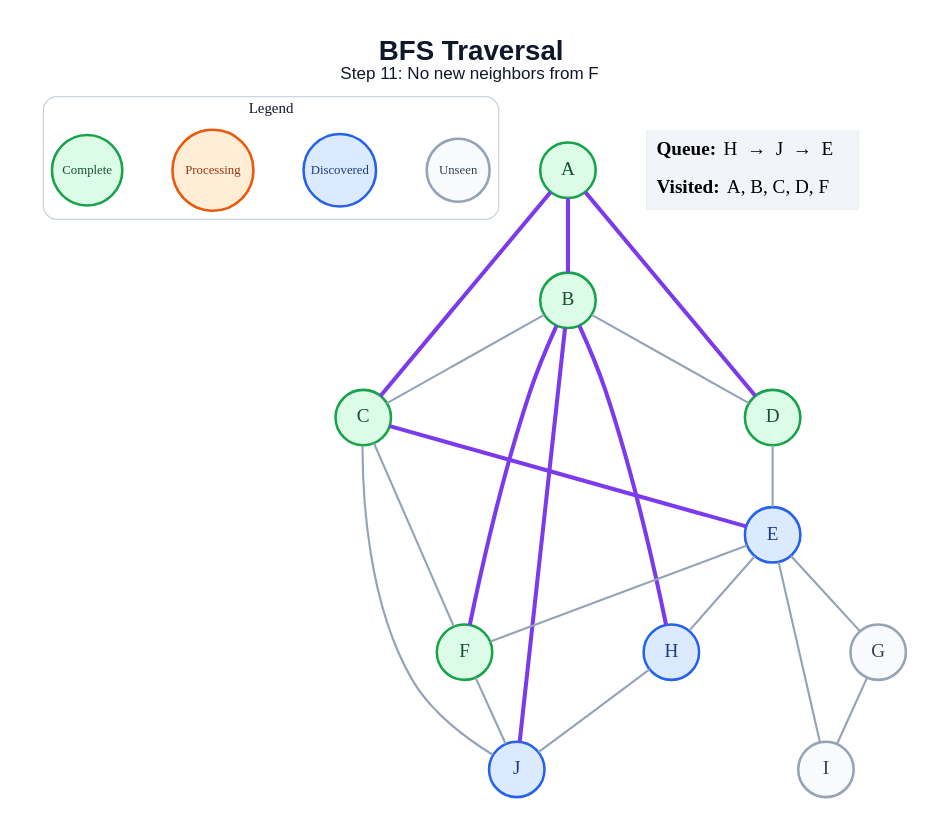
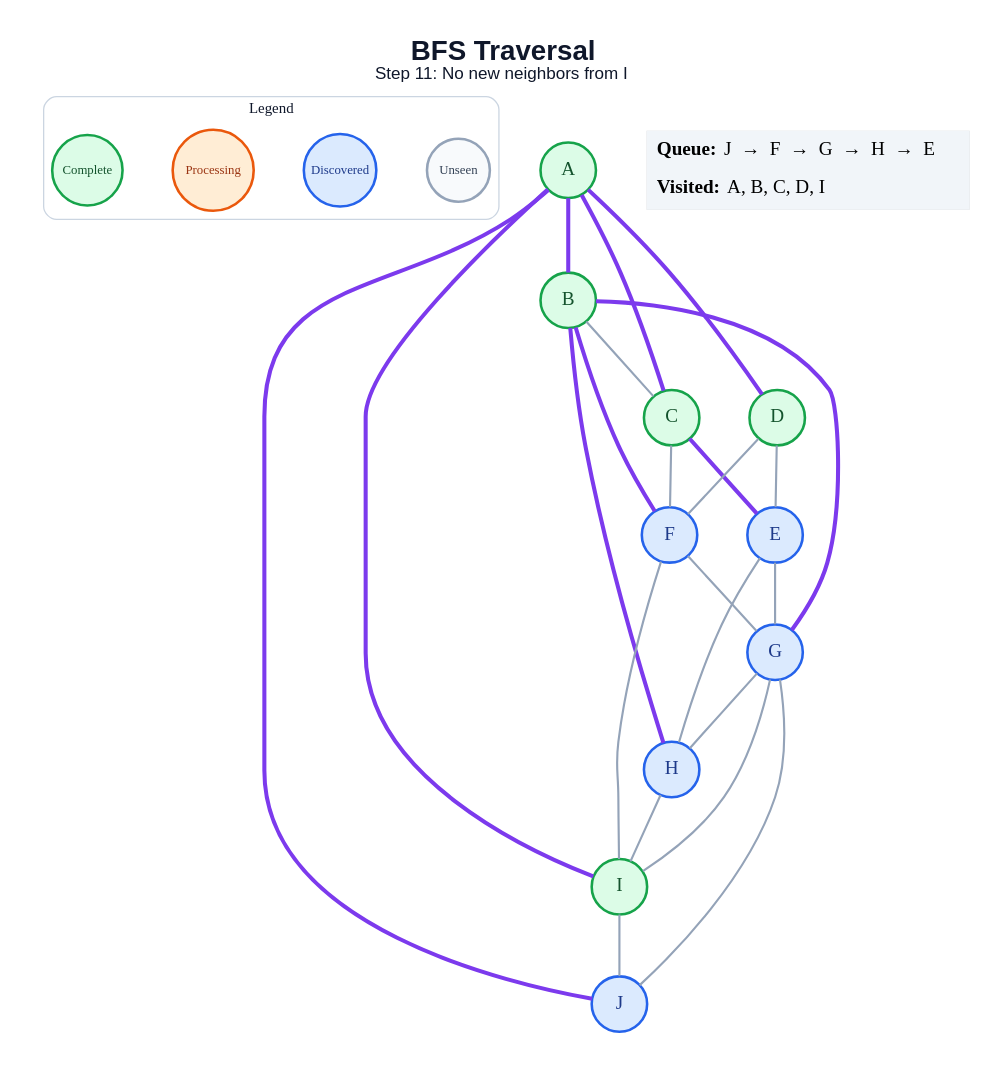
The diagram in generated/bfs/step_11.dot (amanghodawala9/ai-slop), drawn with Graphviz before and after one commit. The commit also changed 178 other files, not shown here.

```diff
--- a/generated/bfs/step_11.dot
+++ b/generated/bfs/step_11.dot
@@ -1,48 +1,51 @@
 graph traversal {
   graph [layout=dot, rankdir=TB, bgcolor="#FFFFFF", pad="0.35", nodesep="0.65", ranksep="0.8", fontname="Arial"];
   node [shape=circle, style="filled", fontname="Arial Bold", fontsize=18, width=0.72, fixedsize=true, penwidth=2.4];
   edge [color="#94A3B8", penwidth=2.0];
-  label=<<B>BFS Traversal</B><BR/><FONT POINT-SIZE="16">Step 11: No new neighbors from F</FONT>>; labelloc="t"; fontsize=26; fontname="Arial"; fontcolor="#0F172A";
+  label=<<B>BFS Traversal</B><BR/><FONT POINT-SIZE="16">Step 11: No new neighbors from I</FONT>>; labelloc="t"; fontsize=26; fontname="Arial"; fontcolor="#0F172A";
   subgraph cluster_legend { label="Legend"; color="#CBD5E1"; penwidth=1.2; style="rounded"; fontsize=14; fontname="Arial Bold";
     key_unseen [label="Unseen", fillcolor="#F8FAFC", color="#94A3B8", fontcolor="#334155", fontsize=12, width=0.82];
     key_frontier [label="Discovered", fillcolor="#DBEAFE", color="#2563EB", fontcolor="#1E3A8A", fontsize=12, width=0.95];
     key_current [label="Processing", fillcolor="#FFEDD5", color="#EA580C", fontcolor="#9A3412", fontsize=12, width=1.05];
     key_done [label="Complete", fillcolor="#DCFCE7", color="#16A34A", fontcolor="#14532D", fontsize=12, width=0.92];
     { rank=same; key_unseen; key_frontier; key_current; key_done; }
   }
   A [fillcolor="#DCFCE7", color="#16A34A", fontcolor="#14532D"];
   B [fillcolor="#DCFCE7", color="#16A34A", fontcolor="#14532D"];
   C [fillcolor="#DCFCE7", color="#16A34A", fontcolor="#14532D"];
   D [fillcolor="#DCFCE7", color="#16A34A", fontcolor="#14532D"];
   E [fillcolor="#DBEAFE", color="#2563EB", fontcolor="#1E3A8A"];
-  F [fillcolor="#DCFCE7", color="#16A34A", fontcolor="#14532D"];
-  G [fillcolor="#F8FAFC", color="#94A3B8", fontcolor="#334155"];
+  F [fillcolor="#DBEAFE", color="#2563EB", fontcolor="#1E3A8A"];
+  G [fillcolor="#DBEAFE", color="#2563EB", fontcolor="#1E3A8A"];
   H [fillcolor="#DBEAFE", color="#2563EB", fontcolor="#1E3A8A"];
-  I [fillcolor="#F8FAFC", color="#94A3B8", fontcolor="#334155"];
+  I [fillcolor="#DCFCE7", color="#16A34A", fontcolor="#14532D"];
   J [fillcolor="#DBEAFE", color="#2563EB", fontcolor="#1E3A8A"];
   A -- B [color="#7C3AED", penwidth=3.8];
   A -- C [color="#7C3AED", penwidth=3.8];
   A -- D [color="#7C3AED", penwidth=3.8];
+  A -- I [color="#7C3AED", penwidth=3.8];
+  A -- J [color="#7C3AED", penwidth=3.8];
   B -- C;
-  B -- D;
   B -- F [color="#7C3AED", penwidth=3.8];
+  B -- G [color="#7C3AED", penwidth=3.8];
   B -- H [color="#7C3AED", penwidth=3.8];
-  B -- J [color="#7C3AED", penwidth=3.8];
   C -- E [color="#7C3AED", penwidth=3.8];
   C -- F;
-  C -- J;
   D -- E;
-  E -- F;
+  D -- F;
   E -- G;
   E -- H;
-  E -- I;
-  F -- J;
+  F -- G;
+  F -- I;
+  G -- H;
   G -- I;
-  H -- J;
+  G -- J;
+  H -- I;
+  I -- J;
   status [shape=plain, fixedsize=false, width=0, height=0, margin=0, label=<
     <TABLE BORDER="0" CELLBORDER="0" CELLPADDING="7" BGCOLOR="#F1F5F9">
-      <TR><TD ALIGN="LEFT"><B>Queue:</B> H  →  J  →  E</TD></TR>
-      <TR><TD ALIGN="LEFT"><B>Visited:</B> A, B, C, D, F</TD></TR>
+      <TR><TD ALIGN="LEFT"><B>Queue:</B> J  →  F  →  G  →  H  →  E</TD></TR>
+      <TR><TD ALIGN="LEFT"><B>Visited:</B> A, B, C, D, I</TD></TR>
     </TABLE>
   >];
 }
```
